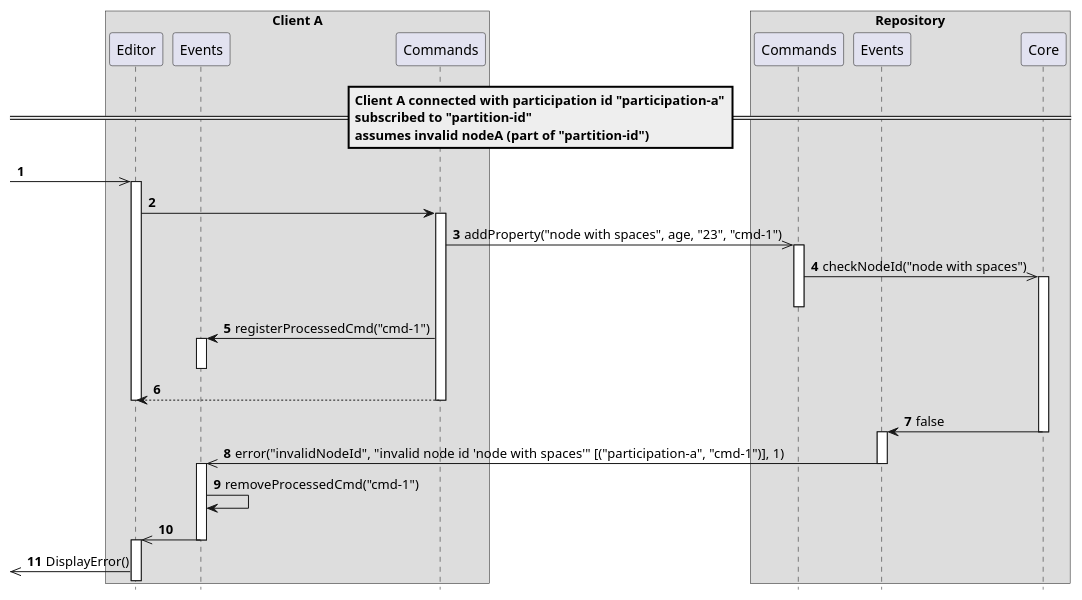
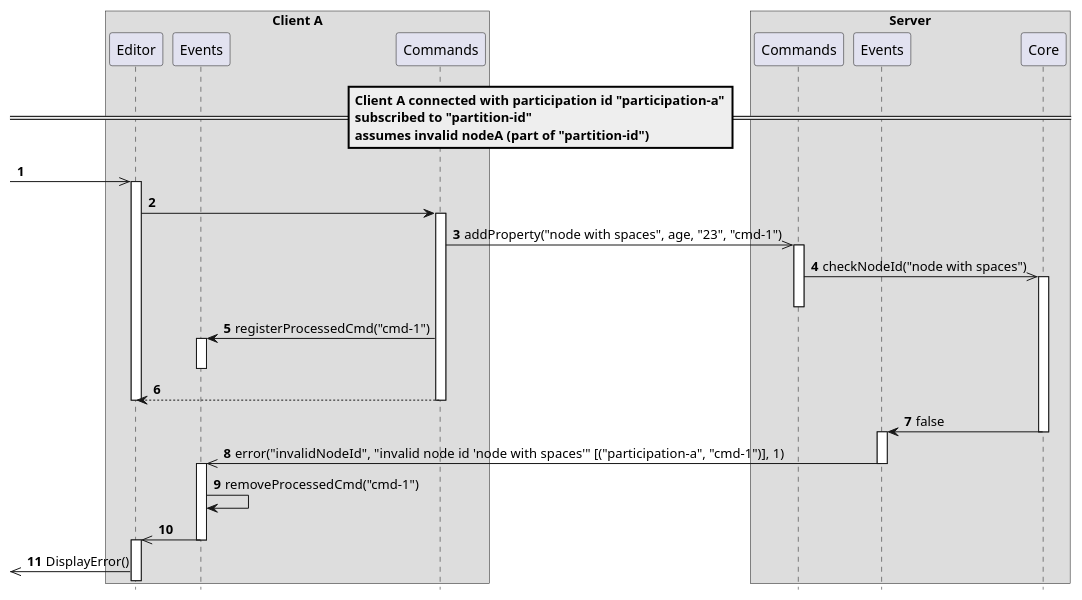
The diagram in delta/scenarios/changeUnknownNodeFailedCommand.adoc (LionWeb-io/specification), drawn with PlantUML before and after one commit. The commit also changed other lines of this file and 16 other files, not shown here.

Commit message:
repository -> server (where appropriate, but as much as possible) in delta protocol specification

```diff
--- a/delta/scenarios/changeUnknownNodeFailedCommand.adoc
+++ b/delta/scenarios/changeUnknownNodeFailedCommand.adoc
@@ -2,49 +2,49 @@
 [plantuml,changeUnknownNodeFailedCommand,svg]
 ----
 hide footbox
 autonumber
 
 box "Client A"
   participant Editor as editor
   participant Events as clientEvent
   participant Commands as clientCmd
 end box
 
-box "Repository"
+box "Server"
   participant Commands as repoCmd
   participant Events as repoEvent
   participant Core as core
 end box
 
 == Client A connected with participation id "participation-a"\nsubscribed to "partition-id"\nassumes invalid nodeA (part of "partition-id") ==
 
 [->> editor ++
 editor -> clientCmd ++
 clientCmd ->> repoCmd ++: addProperty("node with spaces", age, "23", "cmd-1")
 repoCmd ->> core: checkNodeId("node with spaces")
 activate core
 deactivate repoCmd
 clientCmd -> clientEvent: registerProcessedCmd("cmd-1")
 activate clientEvent
 deactivate clientEvent
 deactivate repoCmd
 editor <-- clientCmd
 deactivate clientCmd
 deactivate editor
 
 core -> repoEvent: false
 deactivate core
 
 activate repoEvent
 clientEvent <<- repoEvent: error("invalidNodeId", "invalid node id 'node with spaces'"  [("participation-a", "cmd-1")], 1)
 deactivate repoEvent
 
 activate clientEvent
 clientEvent -> clientEvent: removeProcessedCmd("cmd-1")
 
 clientEvent ->> editor
 deactivate clientEvent
 
 activate editor
 [<<- editor: DisplayError()
 ----
```
